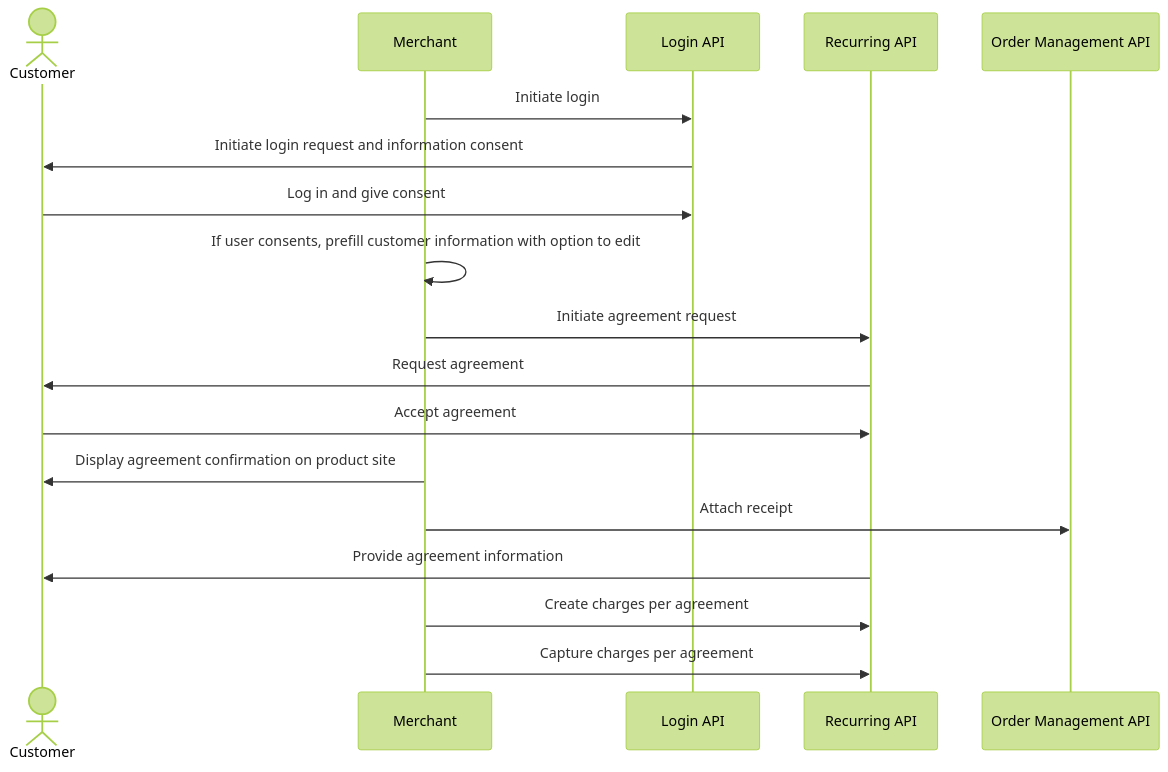
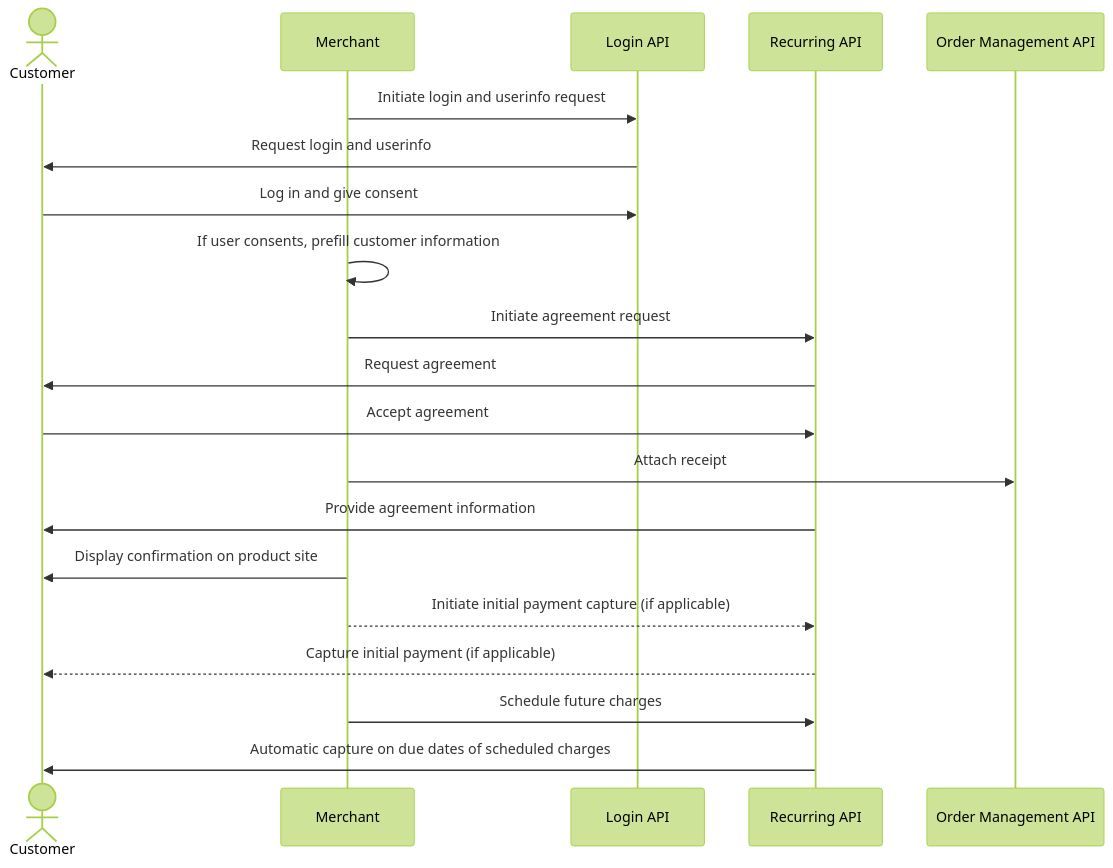
One commit to vippsas/vipps-solutions changed the diagram in recurring-and-login/README.md. Above: the diagram before and after it, drawn with Mermaid (forest theme). The commit also changed other lines of this file and 13 other files, not shown here.

Commit message:
Sequence diagrams: Add line to initiate payment capture

````diff
--- a/recurring-and-login/README.md
+++ b/recurring-and-login/README.md
@@ -95,21 +108,23 @@
 ``` mermaid
 sequenceDiagram
     actor C as Customer
     participant M as Merchant
     participant Login as Login API
     participant Recurring as Recurring API
     participant ordermanagement as Order Management API
 
-    M->>Login: Initiate login
-    Login->>C: Initiate login request and information consent
+    M->>Login: Initiate login and userinfo request
+    Login->>C: Request login and userinfo
     C->>Login: Log in and give consent
-    M->>M: If user consents, prefill customer information with option to edit
+    M->>M: If user consents, prefill customer information
     M->>Recurring: Initiate agreement request
     Recurring->>C: Request agreement
     C->>Recurring: Accept agreement
-    M->>C: Display agreement confirmation on product site
     M->> ordermanagement: Attach receipt
     Recurring->>C: Provide agreement information
-    M->>Recurring: Create charges per agreement
-    M->>Recurring: Capture charges per agreement
+    M->>C: Display confirmation on product site
+    M-->>Recurring: Initiate initial payment capture (if applicable)
+    Recurring-->>C: Capture initial payment (if applicable)
+    M->>Recurring: Schedule future charges
+    Recurring->>C: Automatic capture on due dates of scheduled charges
 ```
````
